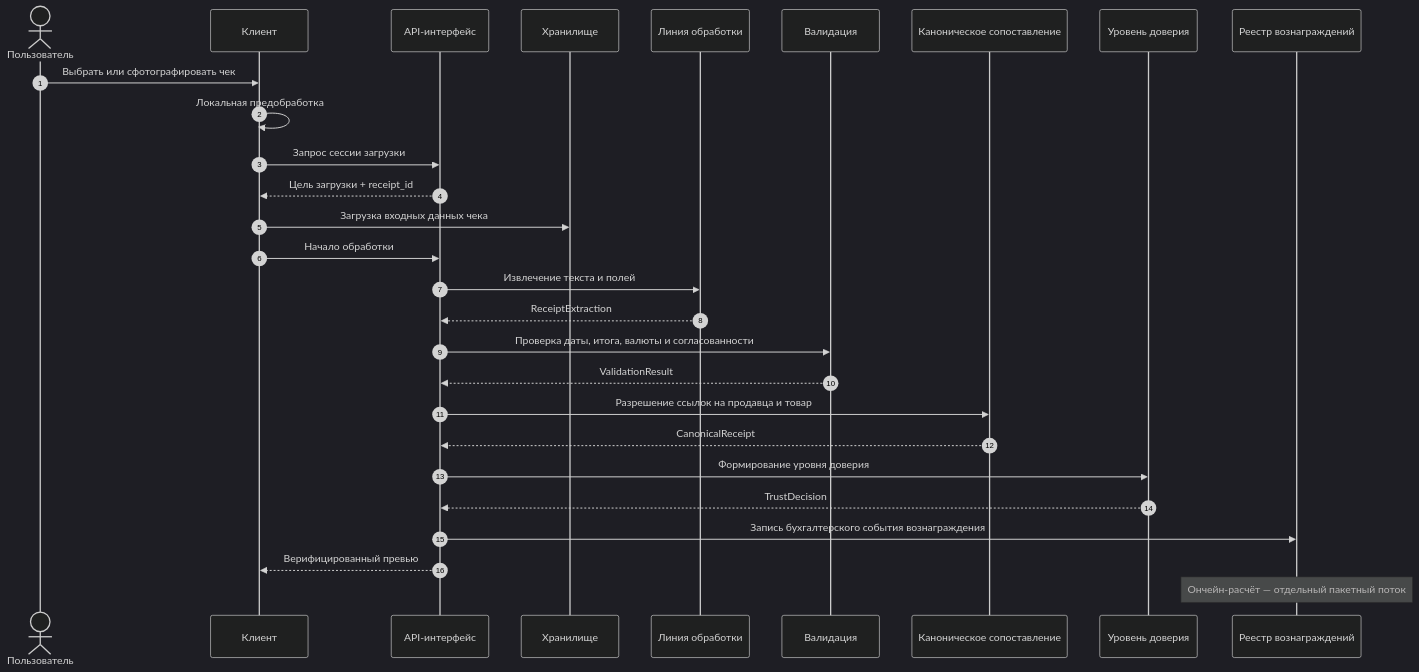
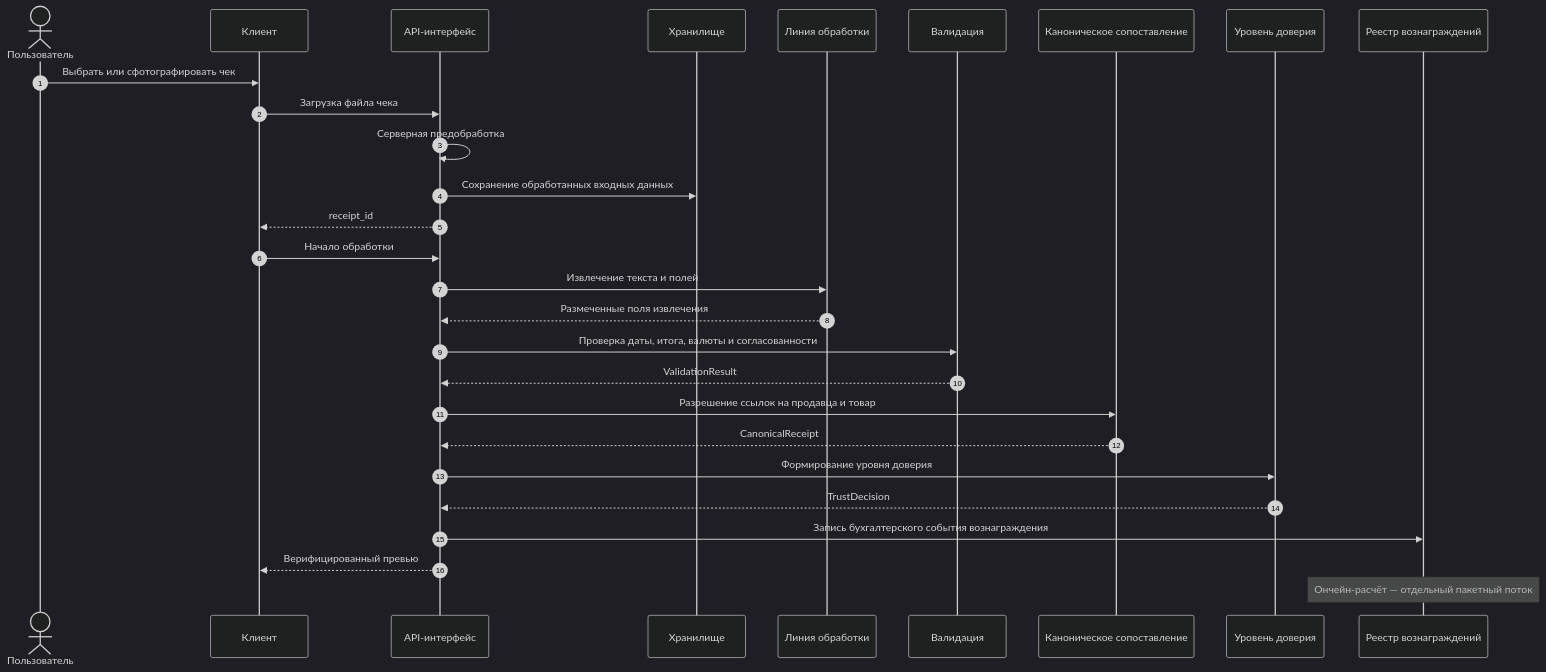
One commit to Yumo-Yumo-Inc/yumoyumohq changed the diagram in content/technical-paper/ru/02-receipt-pipeline/01-overview.md. Above: the diagram before and after it, drawn with Mermaid (dark theme). The commit also changed 1048 other files, not shown here.

````diff
--- a/content/technical-paper/ru/02-receipt-pipeline/01-overview.md
+++ b/content/technical-paper/ru/02-receipt-pipeline/01-overview.md
@@ -19,31 +19,31 @@
 ```mermaid
 sequenceDiagram
     autonumber
     actor U as Пользователь
     participant C as Клиент
     participant API as API-интерфейс
     participant S as Хранилище
     participant P as Линия обработки
     participant V as Валидация
     participant M as Каноническое сопоставление
     participant T as Уровень доверия
     participant L as Реестр вознаграждений
 
     U->>C: Выбрать или сфотографировать чек
-    C->>C: Локальная предобработка
-    C->>API: Запрос сессии загрузки
-    API-->>C: Цель загрузки + receipt_id
-    C->>S: Загрузка входных данных чека
+    C->>API: Загрузка файла чека
+    API->>API: Серверная предобработка
+    API->>S: Сохранение обработанных входных данных
+    API-->>C: receipt_id
     C->>API: Начало обработки
     API->>P: Извлечение текста и полей
-    P-->>API: ReceiptExtraction
+    P-->>API: Размеченные поля извлечения
     API->>V: Проверка даты, итога, валюты и согласованности
     V-->>API: ValidationResult
     API->>M: Разрешение ссылок на продавца и товар
     M-->>API: CanonicalReceipt
     API->>T: Формирование уровня доверия
     T-->>API: TrustDecision
     API->>L: Запись бухгалтерского события вознаграждения
     API-->>C: Верифицированный превью
     Note over L: Ончейн-расчёт — отдельный пакетный поток
 ```
````
